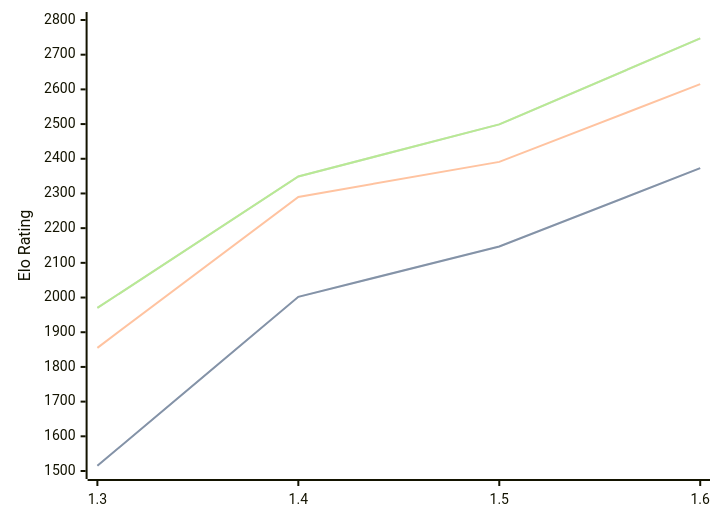
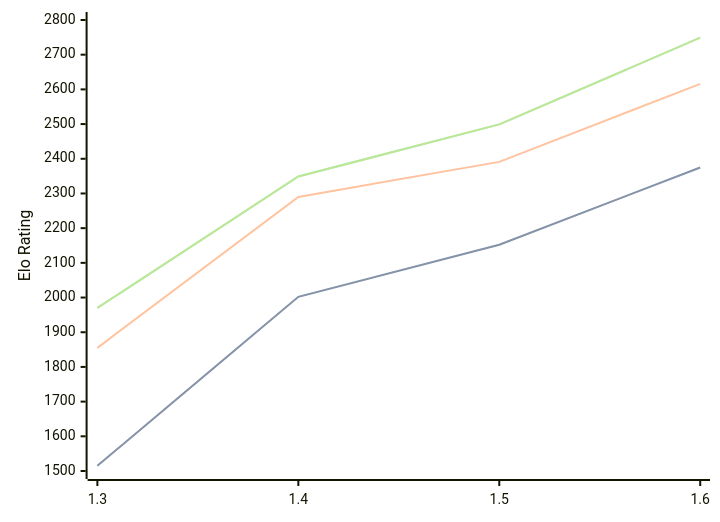
The diagram in engines/Facon.md (computer-chess-index/cci), drawn with Mermaid before and after one commit. The commit also changed other lines of this file, not shown here.

Commit message:
Update CCI Ratings (ELO VLTC) - 2026-08-27

````diff
--- a/engines/Facon.md
+++ b/engines/Facon.md
@@ -35,11 +35,11 @@
 ```mermaid
 %%{init: {"theme":"base","themeVariables":{"seriesColors:['#a3a3a3','#222221','#faa371']}}}%%
 xychart-beta
   x-axis ["1.3", "1.4", "1.5", "1.6"]
   y-axis "Elo Rating" 1500 --> 2800
-  line "STC (8.0+0.08s)" [1515, 2002, 2147, 2373]
-  line "STC (8.0+0.08s)" [1515, 2002, 2147, 2373]
-  line "LTC (60.0+0.60s)" [1855, 2290, 2391, 2615]
-  line "VLTC (2m24s+1.12s)" [1970, 2349, 2499, 2747]
-  line "VLTC (2m24s+1.12s)" [1970, 2349, 2499, 2747]
+  line "STC (8.0+0.08s)" [1515, 2002, 2152, 2375]
+  line "STC (8.0+0.08s)" [1515, 2002, 2152, 2375]
+  line "LTC (60.0+0.60s)" [1855, 2290, 2391, 2616]
+  line "VLTC (2m24s+1.12s)" [1970, 2349, 2499, 2749]
+  line "VLTC (2m24s+1.12s)" [1970, 2349, 2499, 2749]
 ```
````
